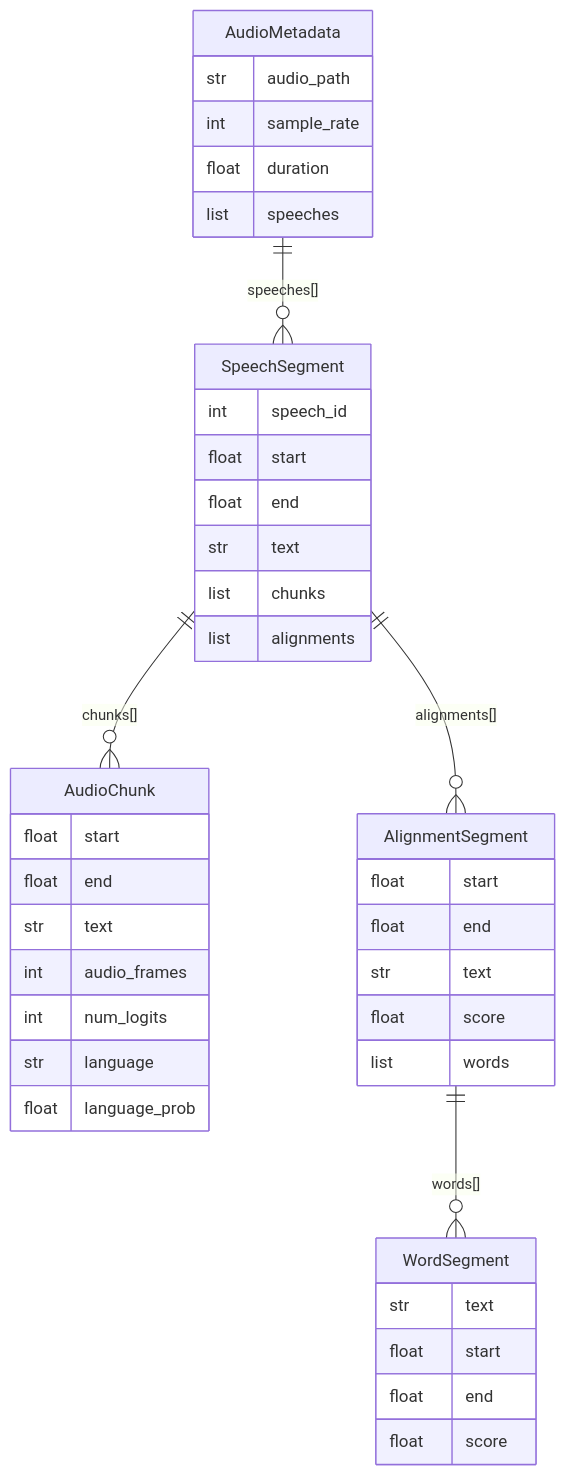
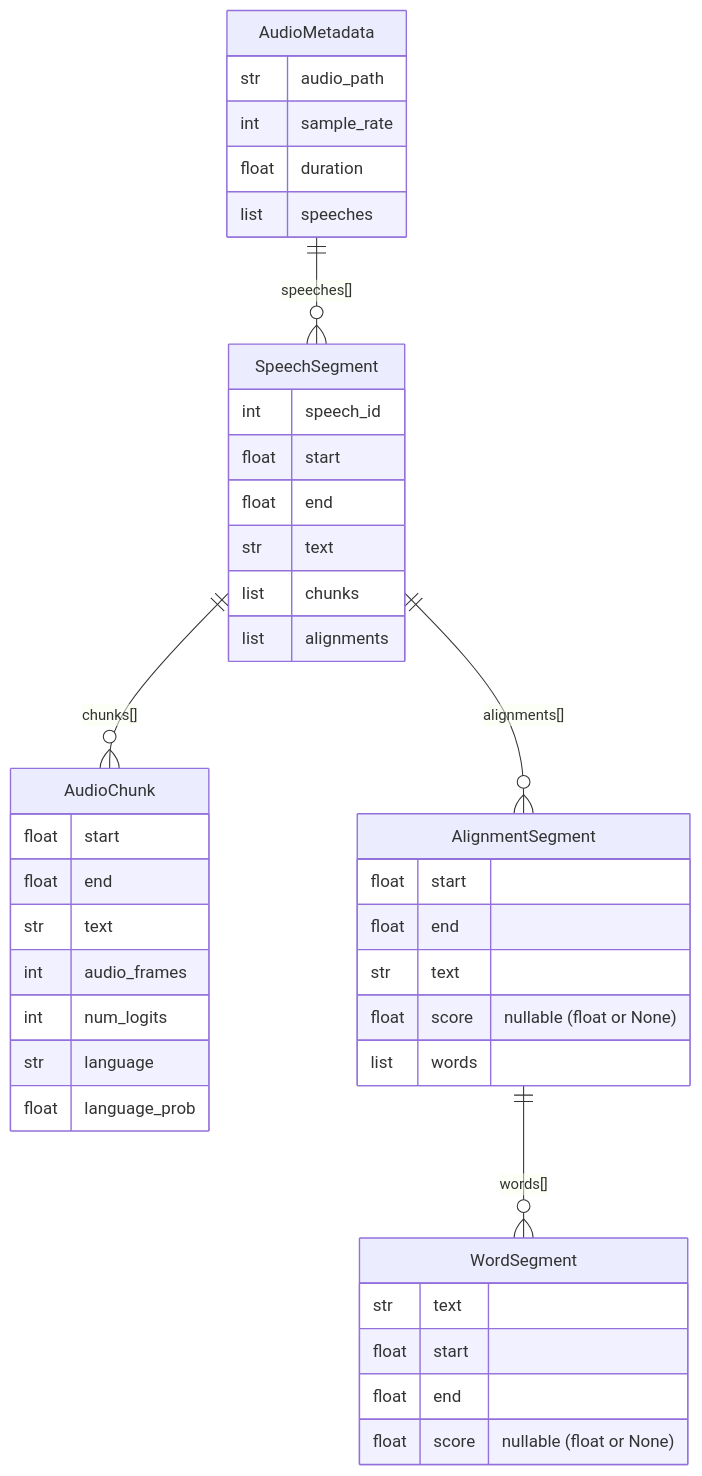
One commit to Borg93/lance-audio-demo changed the third of 4 diagrams in docs/PIPELINE.md. Above: the diagram before and after it, drawn with Mermaid. The commit also changed other lines of this file and 29 other files, not shown here.

````diff
--- a/docs/PIPELINE.md
+++ b/docs/PIPELINE.md
@@ -185,44 +186,44 @@
 ```mermaid
 erDiagram
     AudioMetadata ||--o{ SpeechSegment : "speeches[]"
     SpeechSegment ||--o{ AudioChunk : "chunks[]"
     SpeechSegment ||--o{ AlignmentSegment : "alignments[]"
     AlignmentSegment ||--o{ WordSegment : "words[]"
 
     AudioMetadata {
         str audio_path
         int sample_rate
         float duration
         list speeches
     }
     SpeechSegment {
         int speech_id
         float start
         float end
         str text
         list chunks
         list alignments
     }
     AudioChunk {
         float start
         float end
         str text
         int audio_frames
         int num_logits
         str language
         float language_prob
     }
     AlignmentSegment {
         float start
         float end
         str text
-        float score
+        float score "nullable (float or None)"
         list words
     }
     WordSegment {
         str text
         float start
         float end
-        float score
+        float score "nullable (float or None)"
     }
 ```
````
